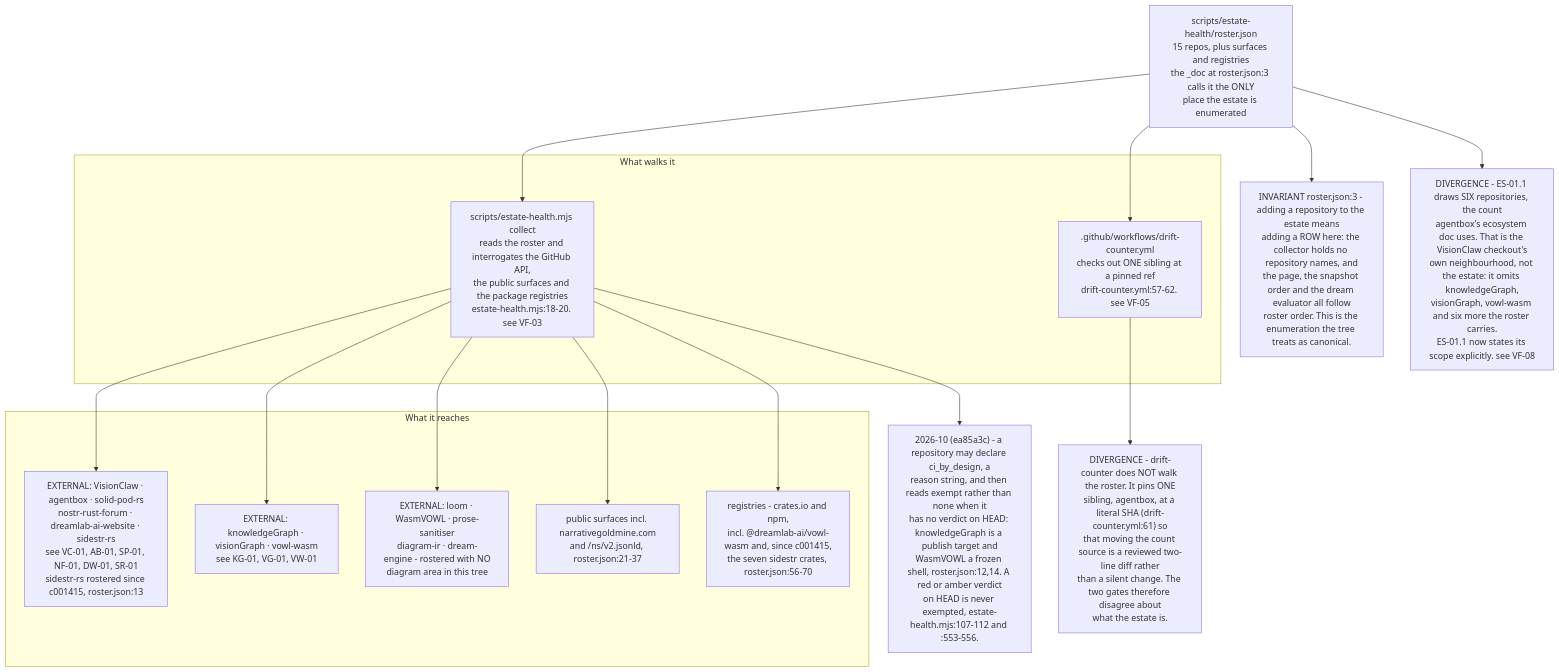
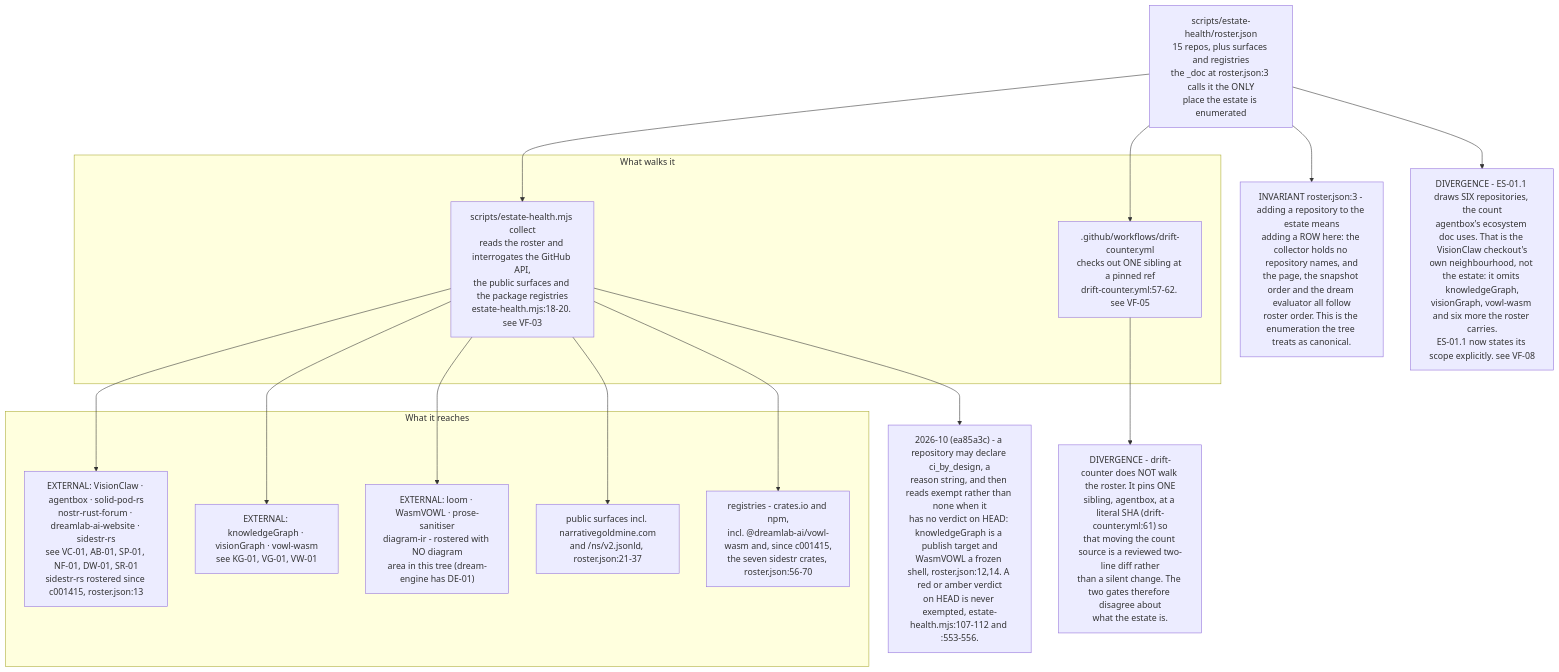
One commit to DreamLab-AI/VisionFlow changed the fifth of 5 diagrams in docs/diagrams/estate/11-publishing-axis.md. Above: the diagram before and after it, drawn with Mermaid. The commit also changed 12 other files, not shown here.

First line of the commit message:
docs(diagrams): map the dream-engine extraction (AB-23, ES-05, ES-90, new DE area)

````diff
--- a/docs/diagrams/estate/11-publishing-axis.md
+++ b/docs/diagrams/estate/11-publishing-axis.md
@@ -135,35 +135,35 @@
 ```mermaid
 flowchart TB
     ROSTER["scripts/estate-health/roster.json<br/>15 repos, plus surfaces and registries<br/>the _doc at roster.json:3 calls it the ONLY<br/>place the estate is enumerated"]
 
     subgraph READERS["What walks it"]
         EH["scripts/estate-health.mjs collect<br/>reads the roster and interrogates the GitHub API,<br/>the public surfaces and the package registries<br/>estate-health.mjs:18-20. see VF-03"]
         DC[".github/workflows/drift-counter.yml<br/>checks out ONE sibling at a pinned ref<br/>drift-counter.yml:57-62. see VF-05"]
     end
 
     subgraph TARGETS["What it reaches"]
         R1["EXTERNAL: VisionClaw · agentbox · solid-pod-rs<br/>nostr-rust-forum · dreamlab-ai-website · sidestr-rs<br/>see VC-01, AB-01, SP-01, NF-01, DW-01, SR-01<br/>sidestr-rs rostered since c001415, roster.json:13"]
         R2["EXTERNAL: knowledgeGraph · visionGraph · vowl-wasm<br/>see KG-01, VG-01, VW-01"]
-        R3["EXTERNAL: loom · WasmVOWL · prose-sanitiser<br/>diagram-ir · dream-engine - rostered with NO<br/>diagram area in this tree"]
+        R3["EXTERNAL: loom · WasmVOWL · prose-sanitiser<br/>diagram-ir - rostered with NO diagram<br/>area in this tree (dream-engine has DE-01)"]
         SURF["public surfaces incl. narrativegoldmine.com<br/>and /ns/v2.jsonld, roster.json:21-37"]
         REG["registries - crates.io and npm,<br/>incl. @dreamlab-ai/vowl-wasm and, since c001415,<br/>the seven sidestr crates, roster.json:56-70"]
     end
 
     ROSTER --> EH
     ROSTER --> DC
     EH --> R1
     EH --> R2
     EH --> R3
     EH --> SURF
     EH --> REG
 
     INV["INVARIANT roster.json:3 - adding a repository to the estate means<br/>adding a ROW here: the collector holds no repository names, and<br/>the page, the snapshot order and the dream evaluator all follow<br/>roster order. This is the enumeration the tree treats as canonical."]
     D1["DIVERGENCE - drift-counter does NOT walk the roster. It pins ONE<br/>sibling, agentbox, at a literal SHA (drift-counter.yml:61) so<br/>that moving the count source is a reviewed two-line diff rather<br/>than a silent change. The two gates therefore disagree about<br/>what the estate is."]
     D2["DIVERGENCE - ES-01.1 draws SIX repositories, the count<br/>agentbox's ecosystem doc uses. That is the VisionClaw checkout's<br/>own neighbourhood, not the estate: it omits knowledgeGraph,<br/>visionGraph, vowl-wasm and six more the roster carries.<br/>ES-01.1 now states its scope explicitly. see VF-08"]
 
     EXEMPT["2026-10 (ea85a3c) - a repository may declare ci_by_design, a<br/>reason string, and then reads exempt rather than none when it<br/>has no verdict on HEAD: knowledgeGraph is a publish target and<br/>WasmVOWL a frozen shell, roster.json:12,14. A red or amber verdict<br/>on HEAD is never exempted, estate-health.mjs:107-112 and :553-556."]
     EH --> EXEMPT
     ROSTER --> INV
     DC --> D1
     ROSTER --> D2
 ```
````
